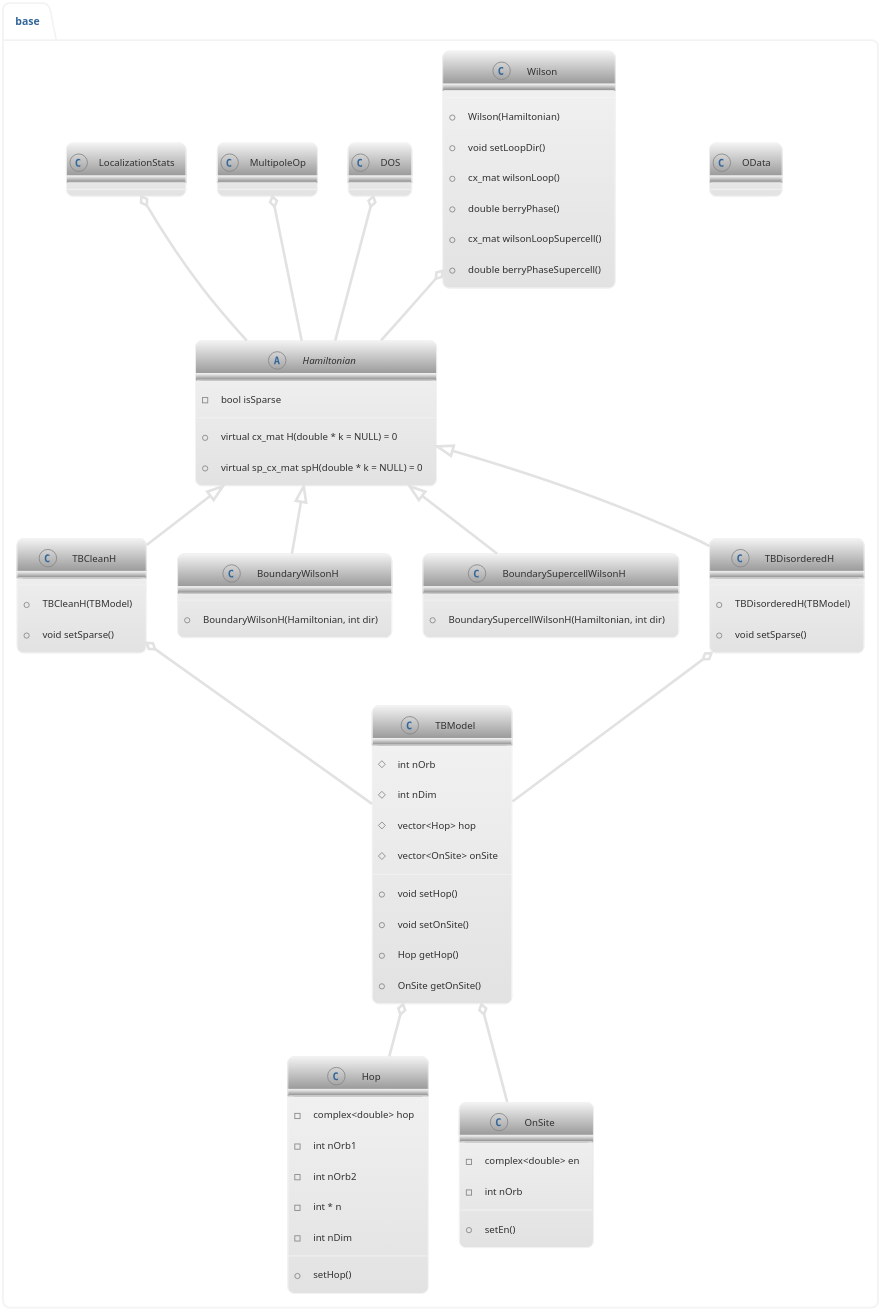
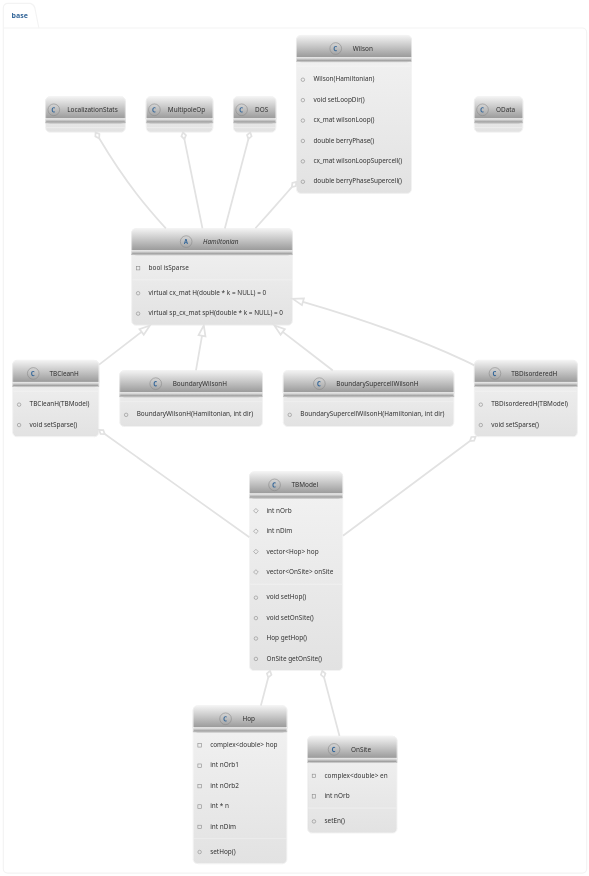
One commit to Hugo-loio/TIM changed the diagram in diagram/diagram.pu. Above: the diagram before and after it, drawn with PlantUML. The commit also changed 1 other file, not shown here.

Commit message:
fixed cut diagram

```diff
--- a/diagram/diagram.pu
+++ b/diagram/diagram.pu
@@ -1,102 +1,102 @@
 @startuml
 
 'skinparam package backgroundColor transparent
 
 !theme lightgray
 
-skinparam dpi 300
+skinparam dpi 200
 
 package "base" {
 
   class TBModel{
     'Attributes
     # int nOrb
     # int nDim
     # vector<Hop> hop
     # vector<OnSite> onSite
     'Methods
     + void setHop()
     + void setOnSite()
     + Hop getHop()
     + OnSite getOnSite()
   }
 
   class Hop{
     -complex<double> hop
     -int nOrb1
     -int nOrb2
     -int * n
     -int nDim
     + setHop()
   }
 
   class OnSite{
     -complex<double> en
     -int nOrb
     + setEn()
   }
 
   class OData{
   }
 
   abstract class Hamiltonian{
   +virtual cx_mat H(double * k = NULL) = 0
   +virtual sp_cx_mat spH(double * k = NULL) = 0
   - bool isSparse
 }
 
 class Wilson{
   + Wilson(Hamiltonian)
   + void setLoopDir()
   + cx_mat wilsonLoop()
   + double berryPhase()
   + cx_mat wilsonLoopSupercell()
   + double berryPhaseSupercell()
 }
 
 class DOS{
 }
 
 class MultipoleOp{
 }
 
 class LocalizationStats{
 }
 
 class TBCleanH{
   + TBCleanH(TBModel)
   + void setSparse()
 }
 
 class BoundaryWilsonH{
   + BoundaryWilsonH(Hamiltonian, int dir)
 }
 
 class BoundarySupercellWilsonH{
   + BoundarySupercellWilsonH(Hamiltonian, int dir)
 }
 
 class TBDisorderedH{
   + TBDisorderedH(TBModel)
   + void setSparse()
 }
 
 Wilson o-- Hamiltonian
 DOS o-- Hamiltonian
 MultipoleOp o-- Hamiltonian
 LocalizationStats o--Hamiltonian
 
 Hamiltonian <|-- TBCleanH
 Hamiltonian <|-- TBDisorderedH
 Hamiltonian <|-- BoundaryWilsonH
 Hamiltonian <|-- BoundarySupercellWilsonH
 
 TBCleanH o-- TBModel
 TBDisorderedH o-- TBModel
 
 TBModel o-- OnSite
 TBModel o-- Hop
 
 }
 
 @enduml
```
